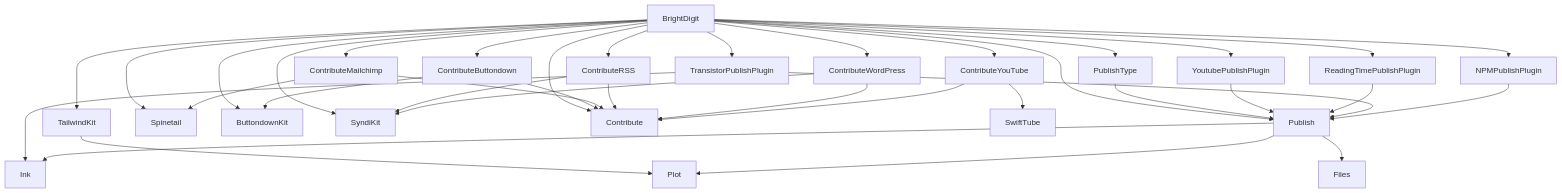
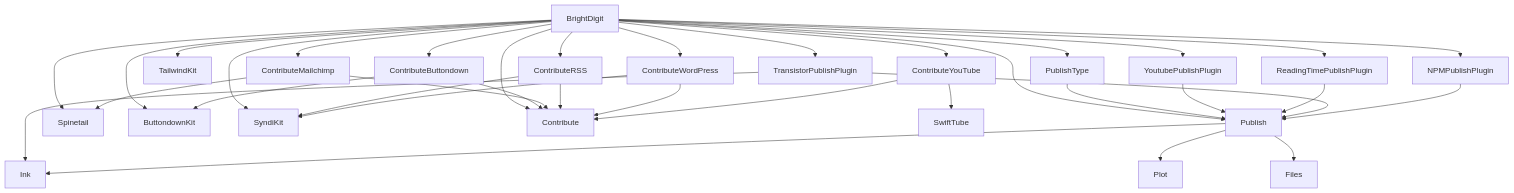
Before and after one commit to brightdigit/brightdigit.com: the second of 2 diagrams in MERGE-AND-TAG.md, drawn with Mermaid. The commit also changed other lines of this file, not shown here.

````diff
--- a/MERGE-AND-TAG.md
+++ b/MERGE-AND-TAG.md
@@ -148,42 +152,41 @@
 ```mermaid
 graph TD
   BrightDigit --> Publish
   BrightDigit --> YoutubePublishPlugin
   BrightDigit --> ReadingTimePublishPlugin
   BrightDigit --> TailwindKit
   BrightDigit --> Spinetail
   BrightDigit --> ButtondownKit
   BrightDigit --> SyndiKit
   BrightDigit --> NPMPublishPlugin
   BrightDigit --> Contribute
   BrightDigit --> ContributeButtondown
   BrightDigit --> ContributeMailchimp
   BrightDigit --> ContributeRSS
   BrightDigit --> ContributeYouTube
   BrightDigit --> ContributeWordPress
   BrightDigit --> PublishType
   BrightDigit --> TransistorPublishPlugin
 
   ContributeButtondown --> Contribute
   ContributeButtondown --> ButtondownKit
   ContributeMailchimp --> Contribute
   ContributeMailchimp --> Spinetail
   ContributeRSS --> Contribute
   ContributeRSS --> SyndiKit
   ContributeWordPress --> Contribute
   ContributeWordPress --> SyndiKit
   ContributeYouTube --> Contribute
   ContributeYouTube --> SwiftTube
 
   PublishType --> Publish
-  TailwindKit --> Plot
   YoutubePublishPlugin --> Publish
   ReadingTimePublishPlugin --> Publish
   TransistorPublishPlugin --> Publish
   TransistorPublishPlugin --> Ink
   NPMPublishPlugin --> Publish
 
   Publish --> Ink
   Publish --> Plot
   Publish --> Files
 ```
````
